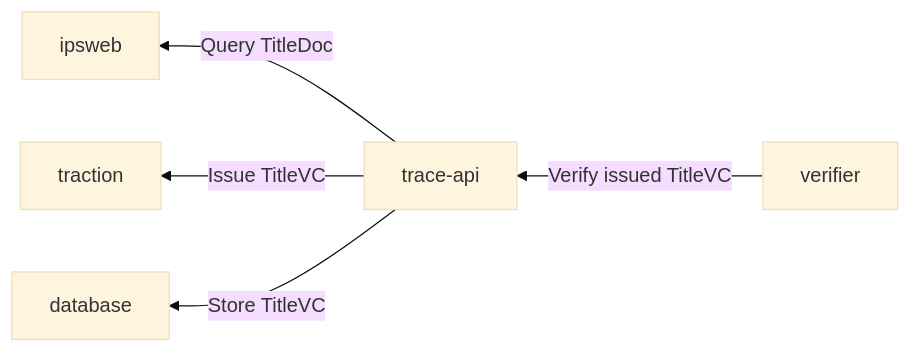
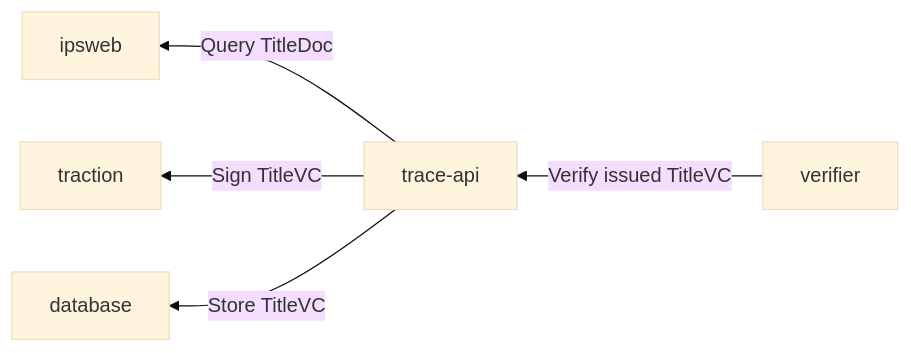
The first of 2 diagrams in credentials/bc-petroleum-and-natural-gas-title/ipsweb_pilot.md (OpSecId/bc-vcpedia), drawn with Mermaid (base theme) before and after one commit. The commit also changed other lines of this file, not shown here.

````diff
--- a/credentials/bc-petroleum-and-natural-gas-title/ipsweb_pilot.md
+++ b/credentials/bc-petroleum-and-natural-gas-title/ipsweb_pilot.md
@@ -5,12 +5,12 @@
 ```mermaid
 flowchart RL
     IPSWEB[ipsweb]
     TRACE[trace-api]
     TRACTION[traction]
     VERIFIER[verifier]
     DATABASE[database]
     TRACE -- Query TitleDoc --> IPSWEB
-    TRACE -- Issue TitleVC --> TRACTION
+    TRACE -- Sign TitleVC --> TRACTION
     TRACE -- Store TitleVC  --> DATABASE
     VERIFIER -- Verify issued TitleVC  --> TRACE
 ```
````
